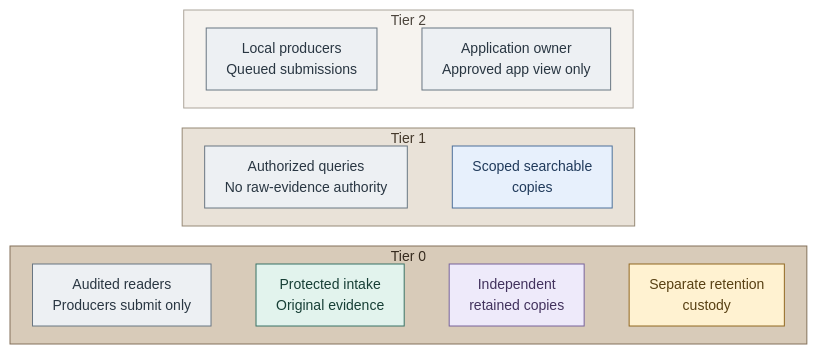
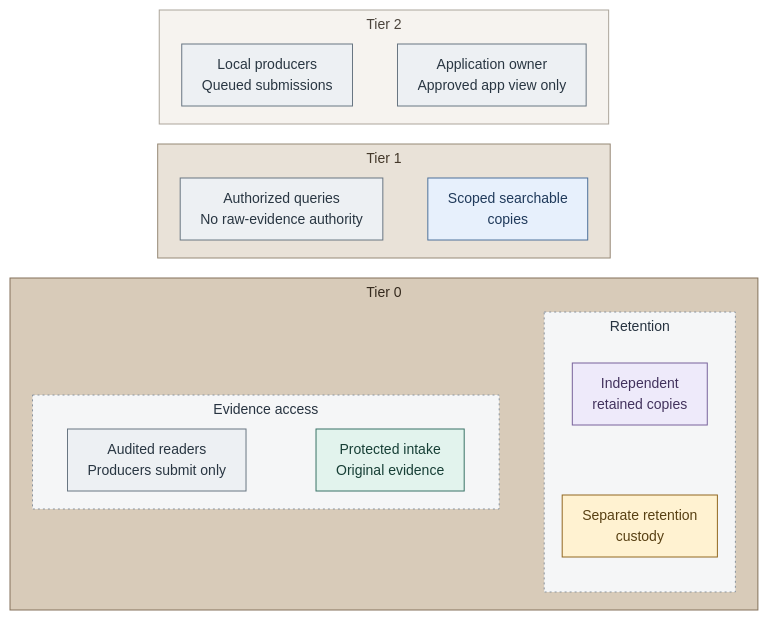
One commit to Rexus/homelab changed the first of 2 diagrams in docs/01-architecture/11-operations/01-protected-logging.md. Above: the diagram before and after it, drawn with Mermaid. The commit also changed other lines of this file and 352 other files, not shown here.

````diff
--- a/docs/01-architecture/11-operations/01-protected-logging.md
+++ b/docs/01-architecture/11-operations/01-protected-logging.md
@@ -15,42 +15,52 @@
 ```mermaid
-%%{init: {"theme":"base","flowchart":{"nodeSpacing":16,"rankSpacing":20,"padding":10},"themeVariables":{"lineColor":"#627581","edgeLabelBackground":"#f8fafc","fontFamily":"Arial, sans-serif","fontSize":"14px"},"fontFamily":"Arial, sans-serif"}}%%
+%%{init: {"theme":"base","flowchart":{"nodeSpacing":16,"rankSpacing":20,"padding":10,"subGraphTitleMargin":{"top":4,"bottom":12}},"themeVariables":{"lineColor":"#627581","edgeLabelBackground":"#f8fafc","fontFamily":"Arial, sans-serif","fontSize":"14px"},"fontFamily":"Arial, sans-serif"}}%%
 flowchart TB
   subgraph T2["Tier 2"]
     direction LR
     Sources["Local producers<br/>Queued submissions"]
     Developer["Application owner<br/>Approved app view only"]
     Sources ~~~ Developer
   end
   subgraph T1["Tier 1"]
     direction LR
     Search["Scoped searchable<br/>copies"]
     Query["Authorized queries<br/>No raw-evidence authority"]
     Query ~~~ Search
   end
   subgraph T0["Tier 0"]
     direction LR
-    Logging["Protected intake<br/>Original evidence"]
-    Readers["Audited readers<br/>Producers submit only"]
-    Retention["Independent<br/>retained copies"]
-    Custodians["Separate retention<br/>custody"]
-    Readers ~~~ Logging ~~~ Retention ~~~ Custodians
+    subgraph Access["Evidence access"]
+      direction LR
+      Readers["Audited readers<br/>Producers submit only"]
+      Logging["Protected intake<br/>Original evidence"]
+      Readers ~~~ Logging
+    end
+    subgraph Preservation["Retention"]
+      direction TB
+      Retention["Independent<br/>retained copies"]
+      Custodians["Separate retention<br/>custody"]
+      Retention ~~~ Custodians
+    end
+    Access ~~~ Preservation
   end
   T2 ~~~ T1 ~~~ T0
   classDef default fill:#f8fafc,stroke:#64748b,color:#1f2937
   classDef actor fill:#edf0f3,stroke:#697682,color:#293642
   classDef control fill:#e2f3ed,stroke:#397366,color:#173f36
   classDef data fill:#eeeafa,stroke:#78639b,color:#42325d
   classDef services fill:#e7f0fc,stroke:#4d719b,color:#203a5b
   classDef custody fill:#fff2d1,stroke:#926820,color:#584013
   class Sources,Developer,Query,Readers actor
   class Logging control
   class Retention data
   class Custodians custody
   class Search services
+  classDef group fill:#f5f6f7,stroke:#89939e,color:#273340,stroke-dasharray:2 3
+  class Access,Preservation group
   classDef tier0 fill:#d8cbb9,stroke:#83715a,color:#352a1e
   class T0 tier0
   classDef tier1 fill:#e9e2d8,stroke:#968976,color:#44382a
   class T1 tier1
   classDef tier2 fill:#f6f3ef,stroke:#aca59b,color:#4b443c
   class T2 tier2
 ```
````
